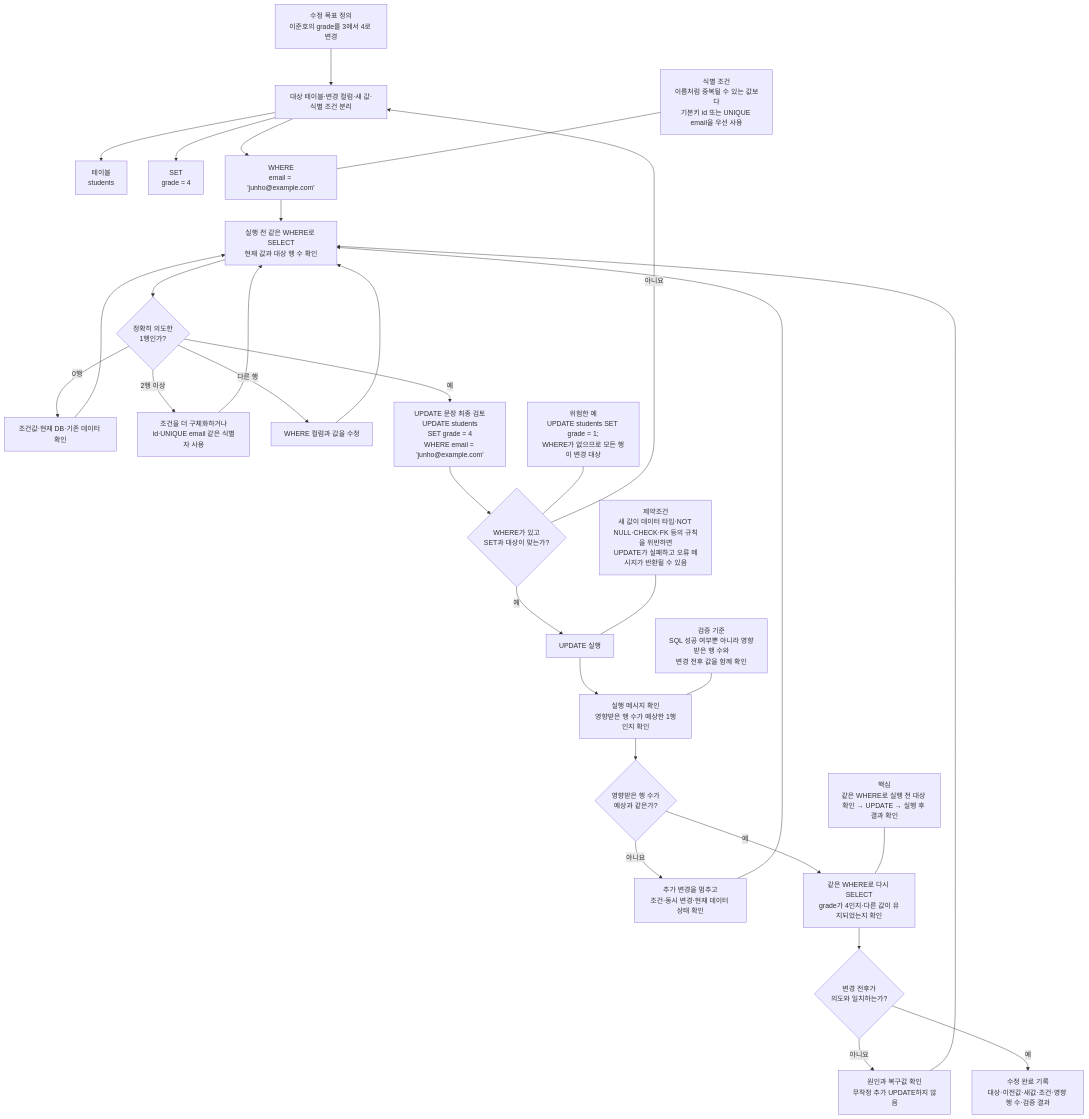
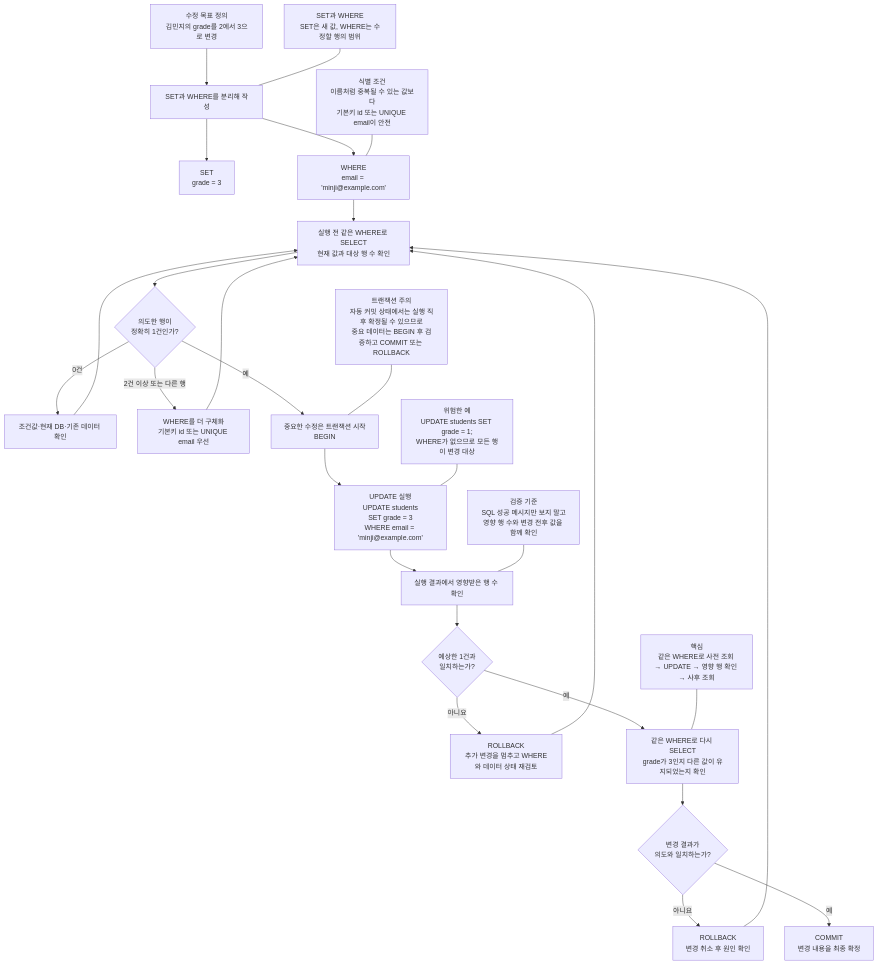
The diagram in images/chapter04/ch04_06_update_safe_flow.mmd (GilbertMoon/ai-database-book), drawn with Mermaid before and after one commit.

Commit message:
docs(ch04): refine safe UPDATE flow diagram source

```diff
--- a/images/chapter04/ch04_06_update_safe_flow.mmd
+++ b/images/chapter04/ch04_06_update_safe_flow.mmd
@@ -1,37 +1,33 @@
 flowchart TB
-    A[수정 목표 정의<br/>이준호의 grade를 3에서 4로 변경] --> B[대상 테이블·변경 컬럼·새 값·식별 조건 분리]
-    B --> B1[테이블<br/>students]
-    B --> B2[SET<br/>grade = 4]
-    B --> B3[WHERE<br/>email = 'junho@example.com']
+    A[수정 목표 정의<br/>김민지의 grade를 2에서 3으로 변경] --> B[SET과 WHERE를 분리해 작성]
+    B --> B1[SET<br/>grade = 3]
+    B --> B2[WHERE<br/>email = 'minji@example.com']
 
-    B3 --> C[실행 전 같은 WHERE로 SELECT<br/>현재 값과 대상 행 수 확인]
-    C --> D{정확히 의도한<br/>1행인가?}
+    B2 --> C[실행 전 같은 WHERE로 SELECT<br/>현재 값과 대상 행 수 확인]
+    C --> D{의도한 행이<br/>정확히 1건인가?}
 
-    D -- 0행 --> D1[조건값·현재 DB·기존 데이터 확인]
-    D -- 2행 이상 --> D2[조건을 더 구체화하거나<br/>id·UNIQUE email 같은 식별자 사용]
-    D -- 다른 행 --> D3[WHERE 컬럼과 값을 수정]
+    D -- 0건 --> D1[조건값·현재 DB·기존 데이터 확인]
+    D -- 2건 이상 또는 다른 행 --> D2[WHERE를 더 구체화<br/>기본키 id 또는 UNIQUE email 우선]
     D1 --> C
     D2 --> C
-    D3 --> C
 
-    D -- 예 --> E[UPDATE 문장 최종 검토<br/>UPDATE students<br/>SET grade = 4<br/>WHERE email = 'junho@example.com']
-    E --> F{WHERE가 있고<br/>SET과 대상이 맞는가?}
-    F -- 아니요 --> B
-    F -- 예 --> G[UPDATE 실행]
+    D -- 예 --> E[중요한 수정은 트랜잭션 시작<br/>BEGIN]
+    E --> F[UPDATE 실행<br/>UPDATE students<br/>SET grade = 3<br/>WHERE email = 'minji@example.com']
+    F --> G[실행 결과에서 영향받은 행 수 확인]
+    G --> H{예상한 1건과<br/>일치하는가?}
 
-    G --> H[실행 메시지 확인<br/>영향받은 행 수가 예상한 1행인지 확인]
-    H --> I{영향받은 행 수가<br/>예상과 같은가?}
-    I -- 아니요 --> I1[추가 변경을 멈추고<br/>조건·동시 변경·현재 데이터 상태 확인]
-    I1 --> C
+    H -- 아니요 --> H1[ROLLBACK<br/>추가 변경을 멈추고 WHERE와 데이터 상태 재검토]
+    H1 --> C
 
-    I -- 예 --> J[같은 WHERE로 다시 SELECT<br/>grade가 4인지·다른 값이 유지되었는지 확인]
-    J --> K{변경 전후가<br/>의도와 일치하는가?}
-    K -- 아니요 --> K1[원인과 복구값 확인<br/>무작정 추가 UPDATE하지 않음]
-    K1 --> C
-    K -- 예 --> L[수정 완료 기록<br/>대상·이전값·새값·조건·영향 행 수·검증 결과]
+    H -- 예 --> I[같은 WHERE로 다시 SELECT<br/>grade가 3인지 다른 값이 유지되었는지 확인]
+    I --> J{변경 결과가<br/>의도와 일치하는가?}
+    J -- 아니요 --> J1[ROLLBACK<br/>변경 취소 후 원인 확인]
+    J1 --> C
+    J -- 예 --> K[COMMIT<br/>변경 내용을 최종 확정]
 
     W[위험한 예<br/>UPDATE students SET grade = 1;<br/>WHERE가 없으므로 모든 행이 변경 대상] --- F
-    N1[식별 조건<br/>이름처럼 중복될 수 있는 값보다<br/>기본키 id 또는 UNIQUE email을 우선 사용] --- B3
-    N2[검증 기준<br/>SQL 성공 여부뿐 아니라 영향받은 행 수와<br/>변경 전후 값을 함께 확인] --- H
-    N3[제약조건<br/>새 값이 데이터 타입·NOT NULL·CHECK·FK 등의 규칙을 위반하면<br/>UPDATE가 실패하고 오류 메시지가 반환될 수 있음] --- G
-    N4[핵심<br/>같은 WHERE로 실행 전 대상 확인 → UPDATE → 실행 후 결과 확인] --- J
+    N1[SET과 WHERE<br/>SET은 새 값, WHERE는 수정할 행의 범위] --- B
+    N2[식별 조건<br/>이름처럼 중복될 수 있는 값보다<br/>기본키 id 또는 UNIQUE email이 안전] --- B2
+    N3[검증 기준<br/>SQL 성공 메시지만 보지 말고<br/>영향 행 수와 변경 전후 값을 함께 확인] --- G
+    N4[트랜잭션 주의<br/>자동 커밋 상태에서는 실행 직후 확정될 수 있으므로<br/>중요 데이터는 BEGIN 후 검증하고 COMMIT 또는 ROLLBACK] --- E
+    N5[핵심<br/>같은 WHERE로 사전 조회 → UPDATE → 영향 행 확인 → 사후 조회] --- I
```
